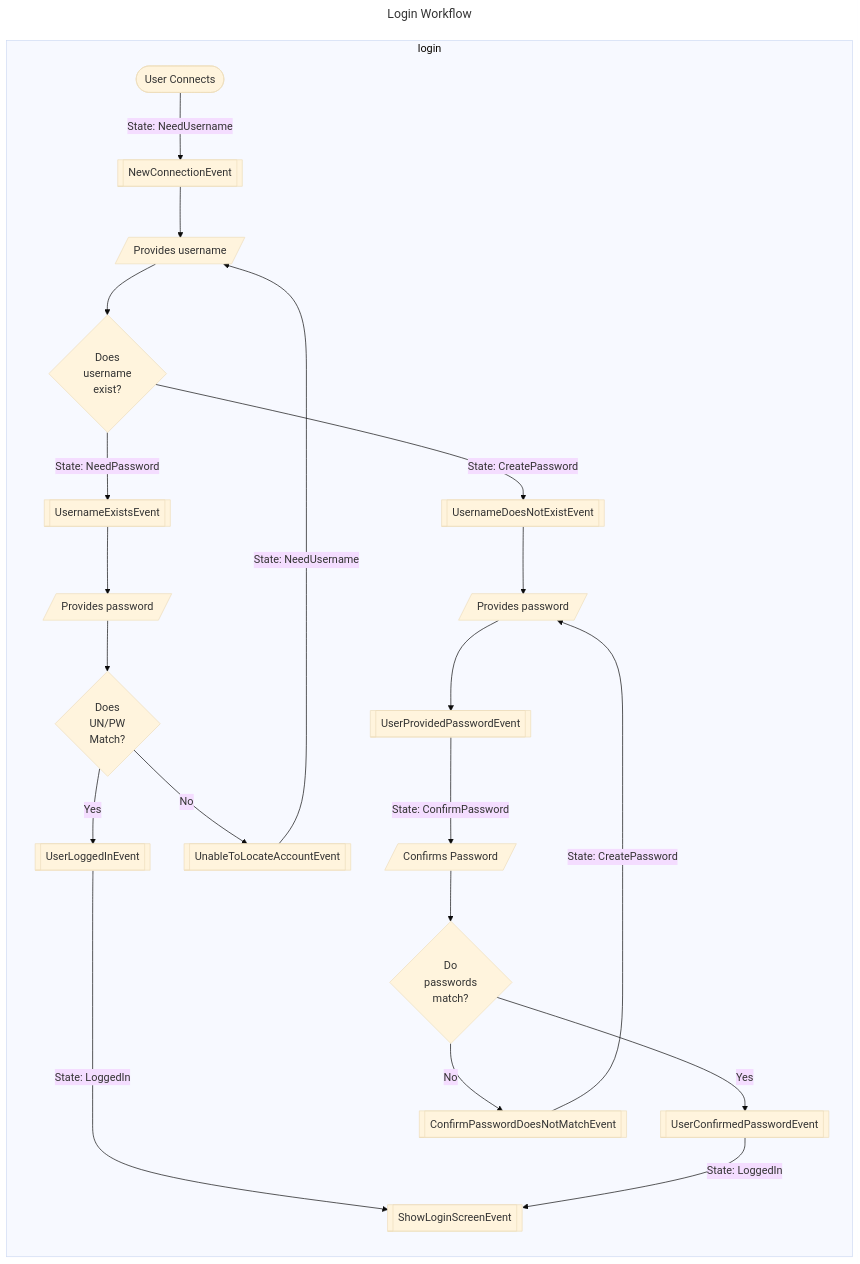
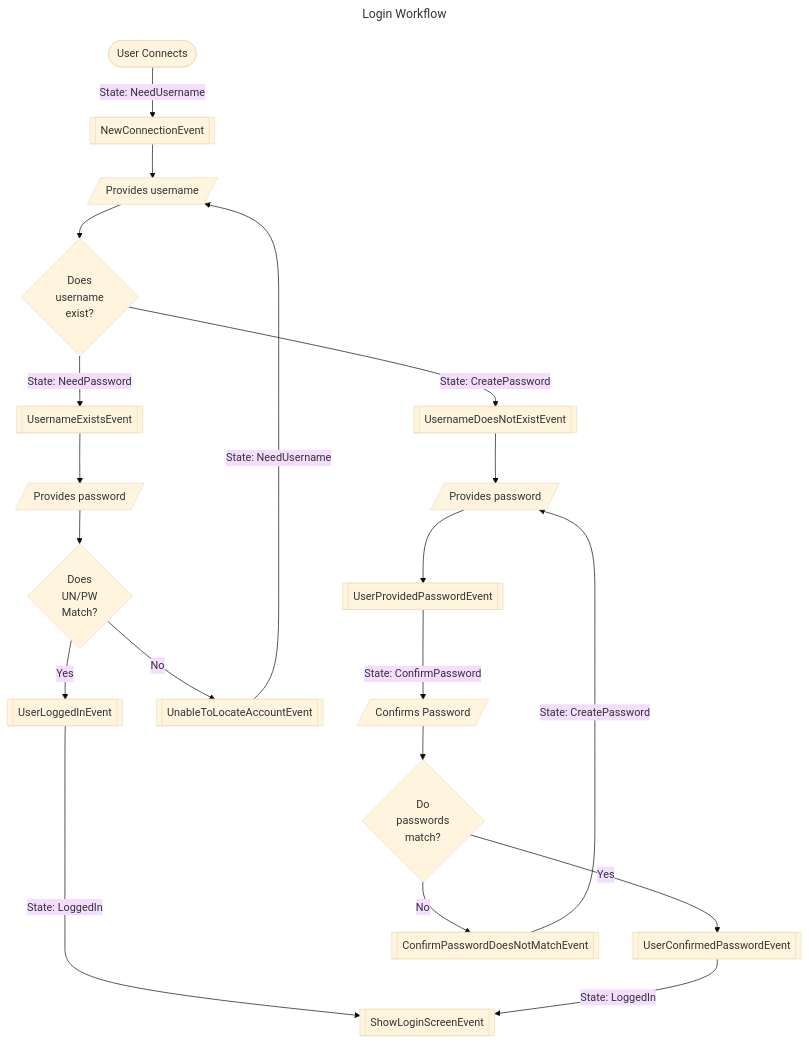
One commit to codeacula/rinora-mud changed the diagram in _docs/LoginProcess.md. Above: the diagram before and after it, drawn with Mermaid (base theme). The commit also changed 4 other files, not shown here.

````diff
--- a/_docs/LoginProcess.md
+++ b/_docs/LoginProcess.md
@@ -1,31 +1,28 @@
 ```mermaid
 ---
 title: Login Workflow
 ---
 flowchart
 
-subgraph login
-    direction TB
-    Start([User Connects]) -->|State: NeedUsername| NewConn[[NewConnectionEvent]]
-    NewConn --> ProvideUsername[/Provides username/]
-    ProvideUsername --> DoesUnExist{Does\nusername\nexist?}
-    DoesUnExist -->|State: NeedPassword| UsernameExists[[UsernameExistsEvent]]
-    DoesUnExist -->|State: CreatePassword| UsernameNoExists[[UsernameDoesNotExistEvent]]
+Start([User Connects]) -->|State: NeedUsername| NewConn[[NewConnectionEvent]]
+NewConn --> ProvideUsername[/Provides username/]
+ProvideUsername --> DoesUnExist{Does\nusername\nexist?}
+DoesUnExist -->|State: NeedPassword| UsernameExists[[UsernameExistsEvent]]
+DoesUnExist -->|State: CreatePassword| UsernameNoExists[[UsernameDoesNotExistEvent]]
 
-    UsernameExists --> ProvidesPassword1[/Provides password/]
-    ProvidesPassword1 --> CheckAccount{Does\nUN/PW\nMatch?}
-    CheckAccount -->|Yes| UserLoggedInEvent[[UserLoggedInEvent]]
-    CheckAccount -->|No| UnableToLocateAccountEvent[[UnableToLocateAccountEvent]]
-    UnableToLocateAccountEvent -->|State: NeedUsername| ProvideUsername
-    UserLoggedInEvent -->|State: LoggedIn| ShowLoginScreenEvent[[ShowLoginScreenEvent]]
+UsernameExists --> ProvidesPassword1[/Provides password/]
+ProvidesPassword1 --> CheckAccount{Does\nUN/PW\nMatch?}
+CheckAccount -->|Yes| UserLoggedInEvent[[UserLoggedInEvent]]
+CheckAccount -->|No| UnableToLocateAccountEvent[[UnableToLocateAccountEvent]]
+UnableToLocateAccountEvent -->|State: NeedUsername| ProvideUsername
+UserLoggedInEvent -->|State: LoggedIn| ShowLoginScreenEvent[[ShowLoginScreenEvent]]
 
-    UsernameNoExists --> ProvidesPassword2[/Provides password/]
-    ProvidesPassword2 --> UserProvidedPasswordEvent[[UserProvidedPasswordEvent]]
-    UserProvidedPasswordEvent -->|State: ConfirmPassword| ConfirmsPassword[/Confirms Password/]
-    ConfirmsPassword --> DoTheyMatch{Do\npasswords\nmatch?}
-    DoTheyMatch -->|Yes| UserConfirmedPasswordEvent[[UserConfirmedPasswordEvent]]
-    DoTheyMatch -->|No| ConfirmPasswordDoesNotMatchEvent[[ConfirmPasswordDoesNotMatchEvent]]
-    UserConfirmedPasswordEvent -->|State: LoggedIn| ShowLoginScreenEvent
-    ConfirmPasswordDoesNotMatchEvent -->|State: CreatePassword| ProvidesPassword2
-end
+UsernameNoExists --> ProvidesPassword2[/Provides password/]
+ProvidesPassword2 --> UserProvidedPasswordEvent[[UserProvidedPasswordEvent]]
+UserProvidedPasswordEvent -->|State: ConfirmPassword| ConfirmsPassword[/Confirms Password/]
+ConfirmsPassword --> DoTheyMatch{Do\npasswords\nmatch?}
+DoTheyMatch -->|Yes| UserConfirmedPasswordEvent[[UserConfirmedPasswordEvent]]
+DoTheyMatch -->|No| ConfirmPasswordDoesNotMatchEvent[[ConfirmPasswordDoesNotMatchEvent]]
+UserConfirmedPasswordEvent -->|State: LoggedIn| ShowLoginScreenEvent
+ConfirmPasswordDoesNotMatchEvent -->|State: CreatePassword| ProvidesPassword2
 ```
````
